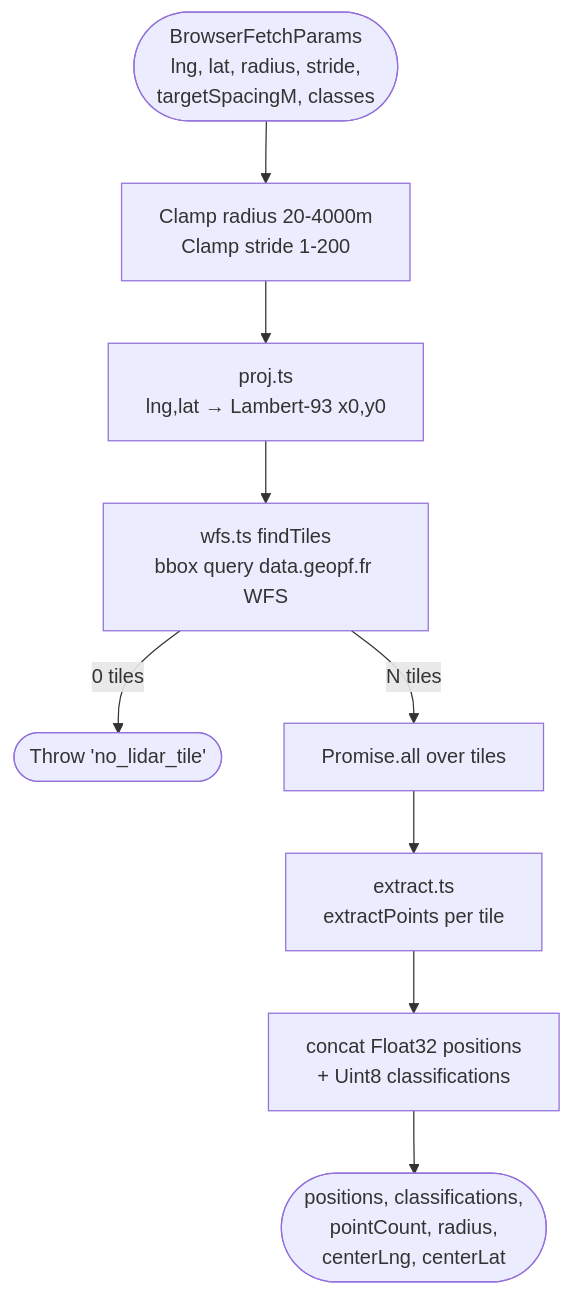
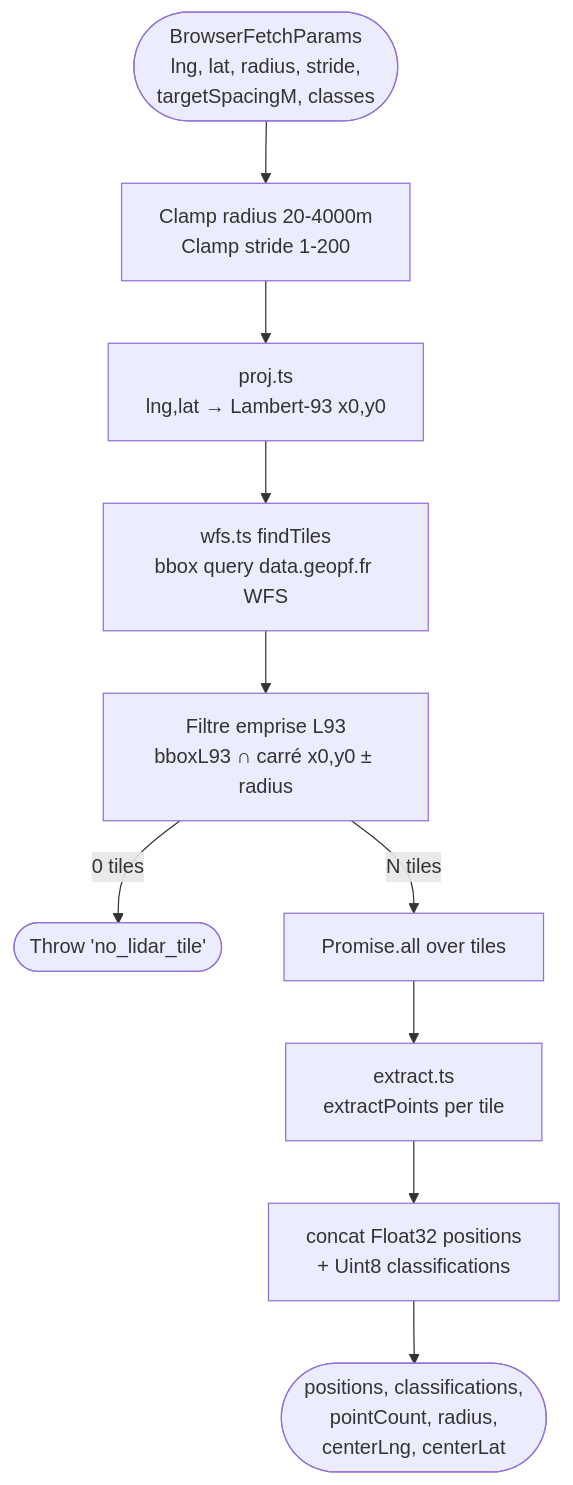
The second of 7 diagrams in docs/LIDAR_PIPELINE.md (Plonk42/open-cairn), drawn with Mermaid before and after one commit. The commit also changed other lines of this file and 3 other files, not shown here.

First line of the commit message:
perf(lidar): skip WFS tiles outside the L93 query box

````diff
--- a/docs/LIDAR_PIPELINE.md
+++ b/docs/LIDAR_PIPELINE.md
@@ -219,11 +219,12 @@
 ```mermaid
 flowchart TD
     P([BrowserFetchParams<br/>lng, lat, radius, stride,<br/>targetSpacingM, classes]) --> R[Clamp radius 20-4000m<br/>Clamp stride 1-200]
     R --> L93[proj.ts<br/>lng,lat → Lambert-93 x0,y0]
     L93 --> WFS[wfs.ts findTiles<br/>bbox query data.geopf.fr WFS]
-    WFS -->|0 tiles| ERR([Throw 'no_lidar_tile'])
-    WFS -->|N tiles| FAN[Promise.all over tiles]
+    WFS --> FILT[Filtre emprise L93<br/>bboxL93 ∩ carré x0,y0 ± radius]
+    FILT -->|0 tiles| ERR([Throw 'no_lidar_tile'])
+    FILT -->|N tiles| FAN[Promise.all over tiles]
     FAN --> EXT[extract.ts<br/>extractPoints per tile]
     EXT --> MERGE[concat Float32 positions<br/>+ Uint8 classifications]
     MERGE --> OUT([positions, classifications,<br/>pointCount, radius,<br/>centerLng, centerLat])
 ```
````
